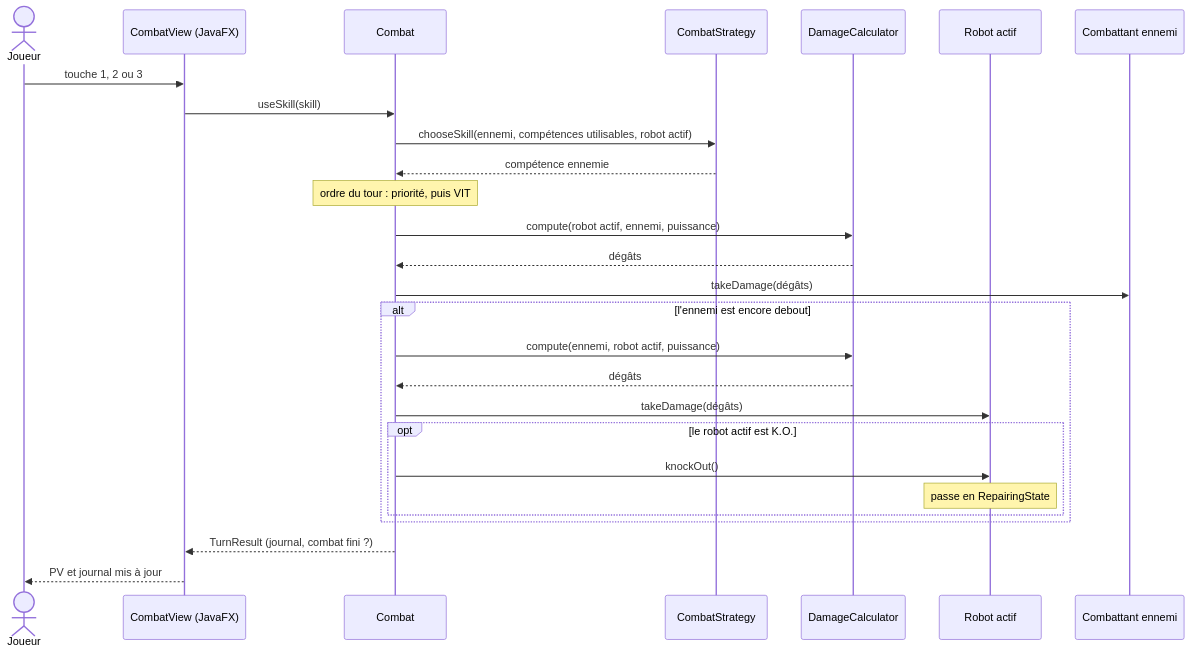
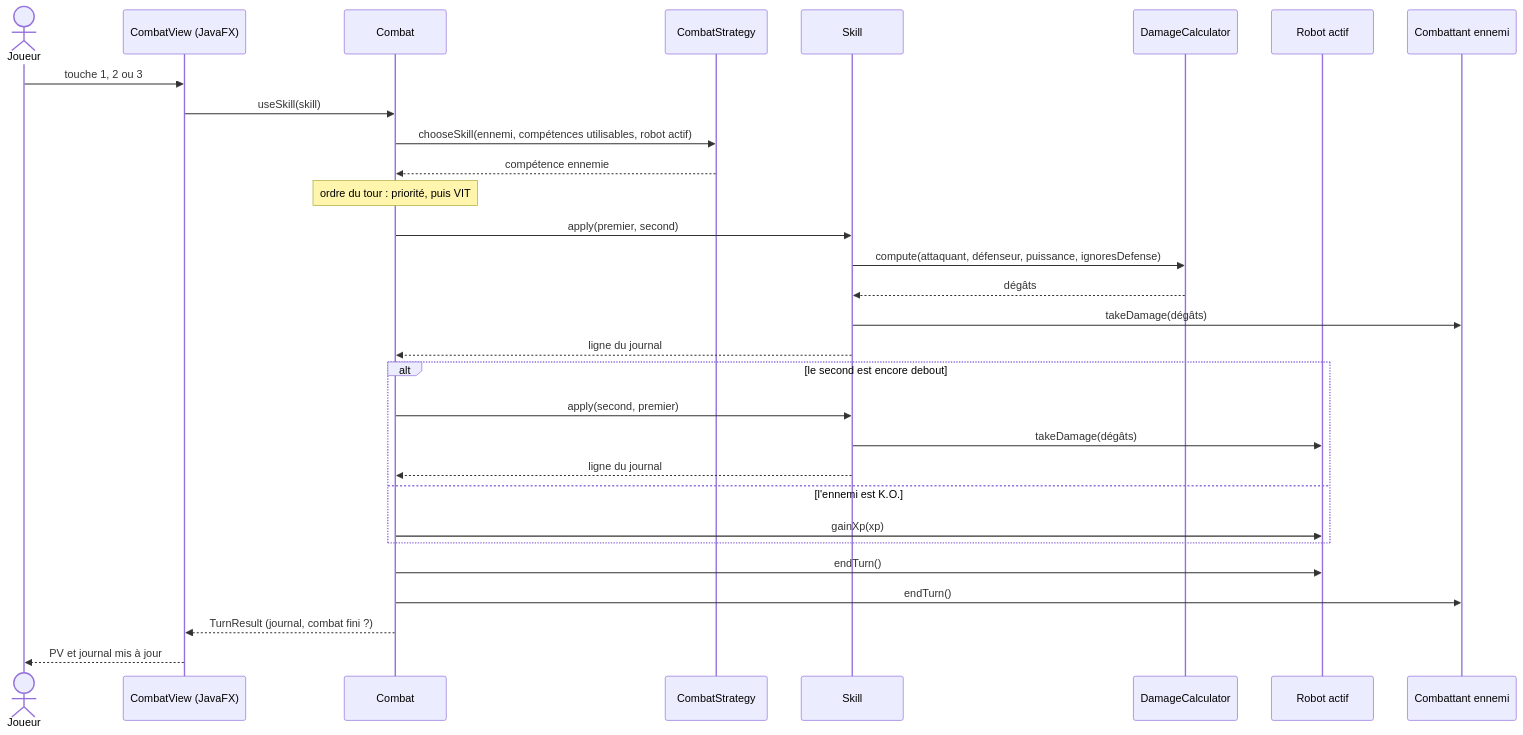
Before and after one commit to ValentinBassot/2D-Game: the ninth of 11 diagrams in docs/uml.md, drawn with Mermaid. The commit also changed other lines of this file, not shown here.

Commit message:
docs(uml): sync the UML diagrams with the current code

````diff
--- a/docs/uml.md
+++ b/docs/uml.md
@@ -466,33 +772,36 @@
 ```mermaid
 sequenceDiagram
     actor Joueur
     participant Vue as CombatView (JavaFX)
     participant Combat
     participant IA as CombatStrategy
+    participant Skill as Skill
     participant Calc as DamageCalculator
     participant Allie as Robot actif
     participant Ennemi as Combattant ennemi
 
     Joueur->>Vue: touche 1, 2 ou 3
     Vue->>Combat: useSkill(skill)
     Combat->>IA: chooseSkill(ennemi, compétences utilisables, robot actif)
     IA-->>Combat: compétence ennemie
     Note over Combat: ordre du tour : priorité, puis VIT
 
-    Combat->>Calc: compute(robot actif, ennemi, puissance)
-    Calc-->>Combat: dégâts
-    Combat->>Ennemi: takeDamage(dégâts)
+    Combat->>Skill: apply(premier, second)
+    Skill->>Calc: compute(attaquant, défenseur, puissance, ignoresDefense)
+    Calc-->>Skill: dégâts
+    Skill->>Ennemi: takeDamage(dégâts)
+    Skill-->>Combat: ligne du journal
 
-    alt l'ennemi est encore debout
-        Combat->>Calc: compute(ennemi, robot actif, puissance)
-        Calc-->>Combat: dégâts
-        Combat->>Allie: takeDamage(dégâts)
-        opt le robot actif est K.O.
-            Combat->>Allie: knockOut()
-            Note over Allie: passe en RepairingState
-        end
+    alt le second est encore debout
+        Combat->>Skill: apply(second, premier)
+        Skill->>Allie: takeDamage(dégâts)
+        Skill-->>Combat: ligne du journal
+    else l'ennemi est K.O.
+        Combat->>Allie: gainXp(xp)
     end
 
+    Combat->>Allie: endTurn()
+    Combat->>Ennemi: endTurn()
     Combat-->>Vue: TurnResult (journal, combat fini ?)
     Vue-->>Joueur: PV et journal mis à jour
 ```
````
